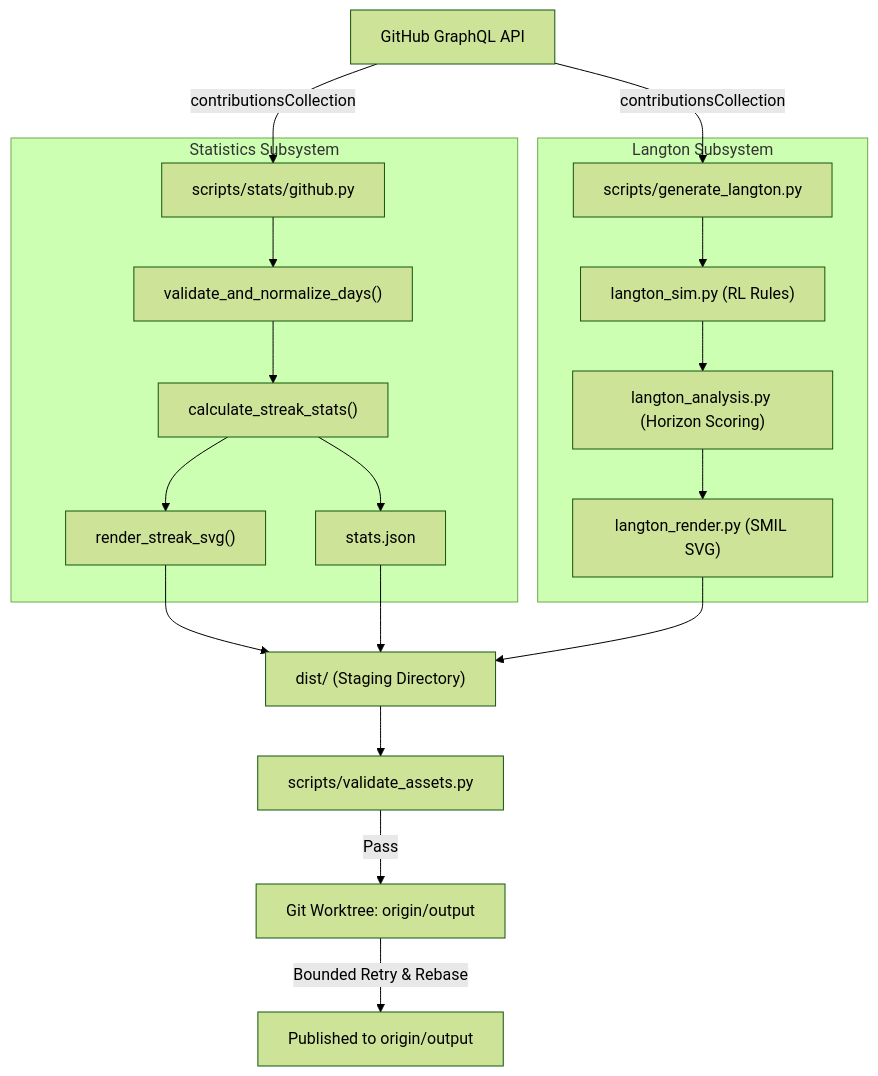
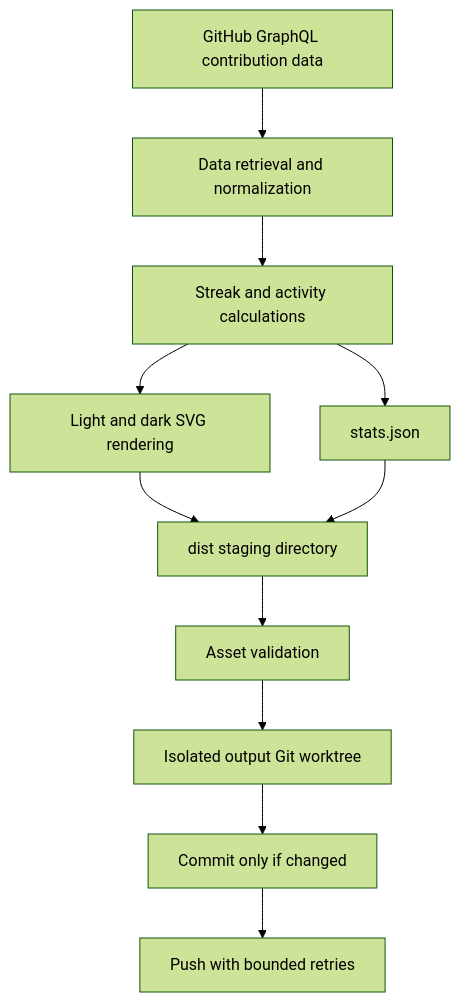
One commit to leozaow/leozaow changed the diagram in docs/ARCHITECTURE.md. Above: the diagram before and after it, drawn with Mermaid (forest theme). The commit also changed other lines of this file and 17 other files, not shown here.

````diff
--- a/docs/ARCHITECTURE.md
+++ b/docs/ARCHITECTURE.md
@@ -79,26 +52,13 @@
 ```mermaid
 flowchart TD
-    A["GitHub GraphQL API"] -->|contributionsCollection| B["scripts/stats/github.py"]
-    A -->|contributionsCollection| C["scripts/generate_langton.py"]
-    
-    subgraph Statistics Subsystem
-        B --> D["validate_and_normalize_days()"]
-        D --> E["calculate_streak_stats()"]
-        E --> F["render_streak_svg()"]
-        E --> G["stats.json"]
-    end
-    
-    subgraph Langton Subsystem
-        C --> H["langton_sim.py (RL Rules)"]
-        H --> I["langton_analysis.py (Horizon Scoring)"]
-        I --> J["langton_render.py (SMIL SVG)"]
-    end
-    
-    F --> K["dist/ (Staging Directory)"]
-    G --> K
-    J --> K
-    
-    K --> L["scripts/validate_assets.py"]
-    L -->|Pass| M["Git Worktree: origin/output"]
-    M -->|Bounded Retry & Rebase| N["Published to origin/output"]
+    A[GitHub GraphQL contribution data] --> B[Data retrieval and normalization]
+    B --> C[Streak and activity calculations]
+    C --> D[Light and dark SVG rendering]
+    C --> E[stats.json]
+    D --> F[dist staging directory]
+    E --> F
+    F --> G[Asset validation]
+    G --> H[Isolated output Git worktree]
+    H --> I[Commit only if changed]
+    I --> J[Push with bounded retries]
 ```
````
